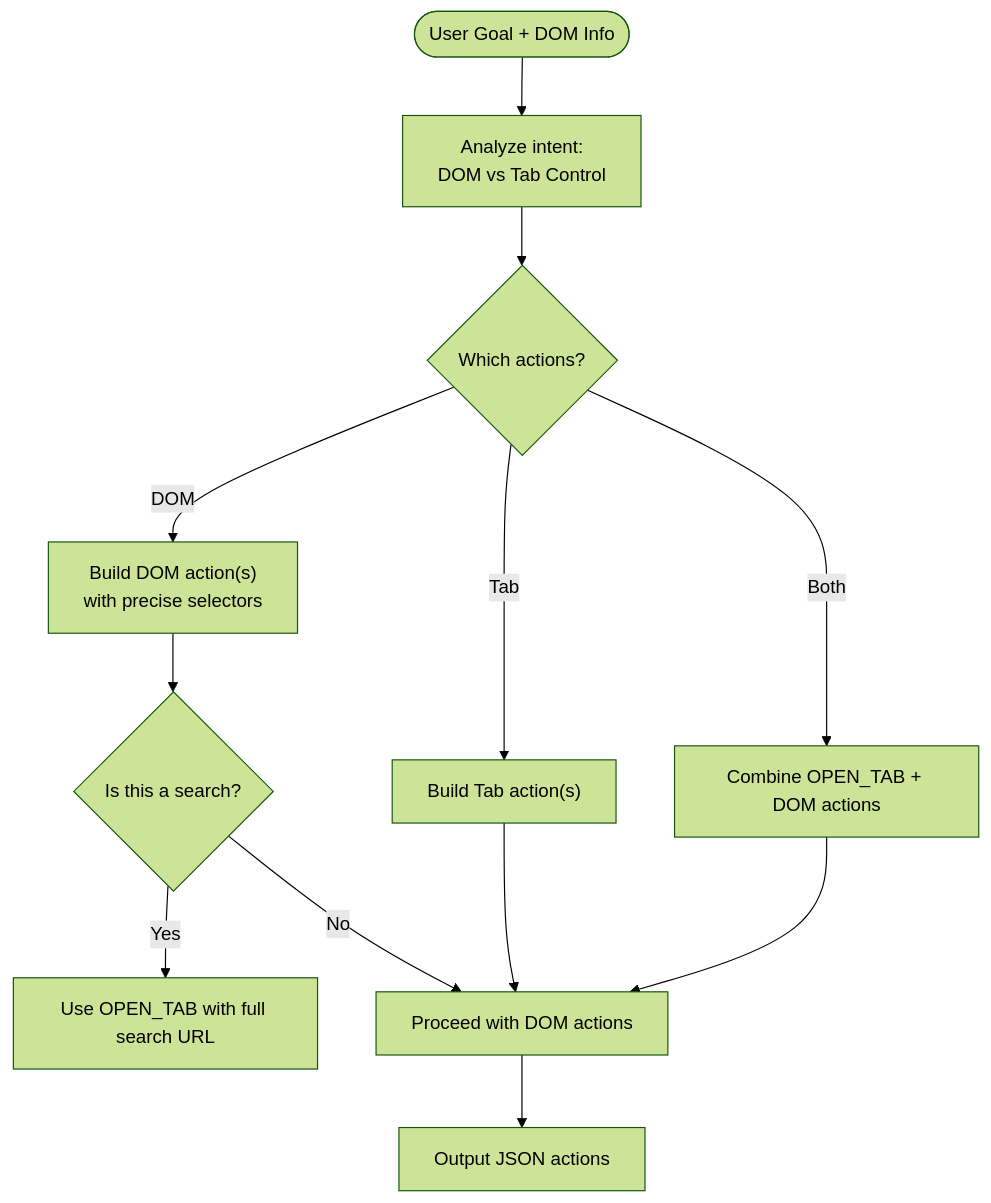
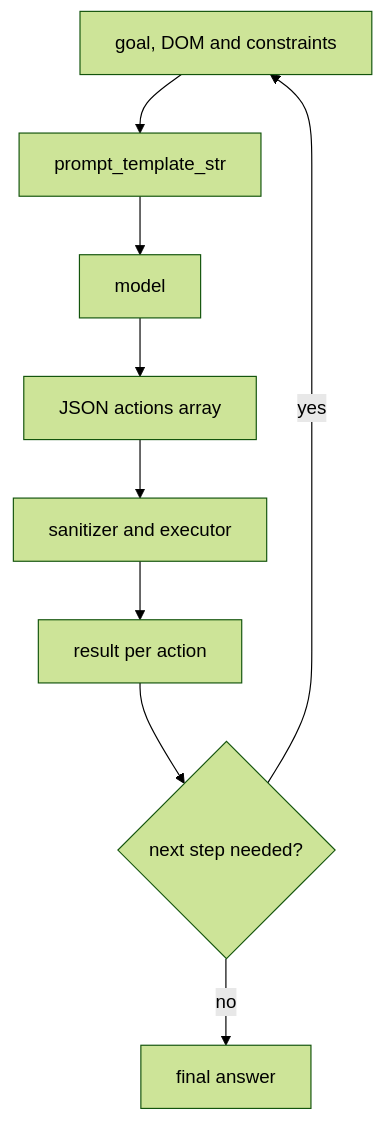
The second of 5 diagrams in src/data/docs/agentic-browser/Prompts and Prompt Engineering/Browser Automation Prompts.md (tashifkhan/tashif.codes), drawn with Mermaid (forest theme) before and after one commit. The commit also changed other lines of this file and 114 other files, not shown here.

````diff
--- a/src/data/docs/agentic-browser/Prompts and Prompt Engineering/Browser Automation Prompts.md
+++ b/src/data/docs/agentic-browser/Prompts and Prompt Engineering/Browser Automation Prompts.md
@@ -81,14 +76,11 @@
 ```mermaid
 flowchart TD
-Start(["User Goal + DOM Info"]) --> Analyze["Analyze intent:<br/>DOM vs Tab Control"]
-Analyze --> Decide{"Which actions?"}
-Decide --> |DOM| BuildDOM["Build DOM action(s)<br/>with precise selectors"]
-Decide --> |Tab| BuildTab["Build Tab action(s)"]
-Decide --> |Both| Combine["Combine OPEN_TAB + DOM actions"]
-BuildDOM --> SearchRule{"Is this a search?"}
-SearchRule --> |Yes| UseSearch["Use OPEN_TAB with full search URL"]
-SearchRule --> |No| Proceed["Proceed with DOM actions"]
-BuildTab --> Proceed
-Combine --> Proceed
-Proceed --> Output["Output JSON actions"]
+  G["goal, DOM and constraints"] --> T["prompt_template_str"]
+  T --> M["model"]
+  M --> J["JSON actions array"]
+  J --> S["sanitizer and executor"]
+  S --> R["result per action"]
+  R --> D{"next step needed?"}
+  D -->|yes| G
+  D -->|no| F["final answer"]
 ```
````
